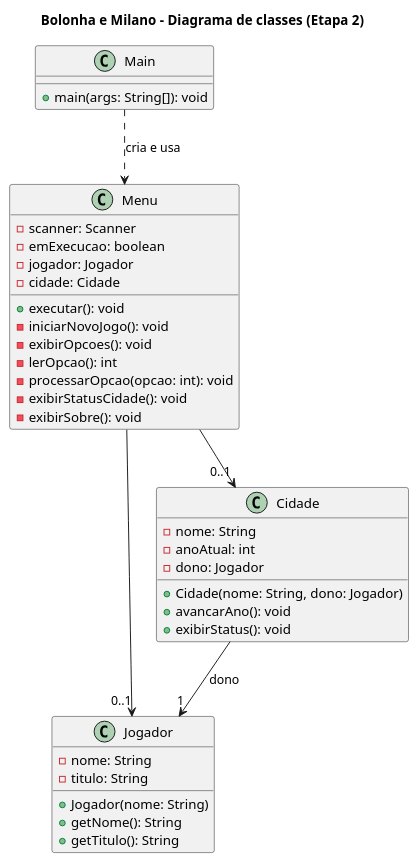
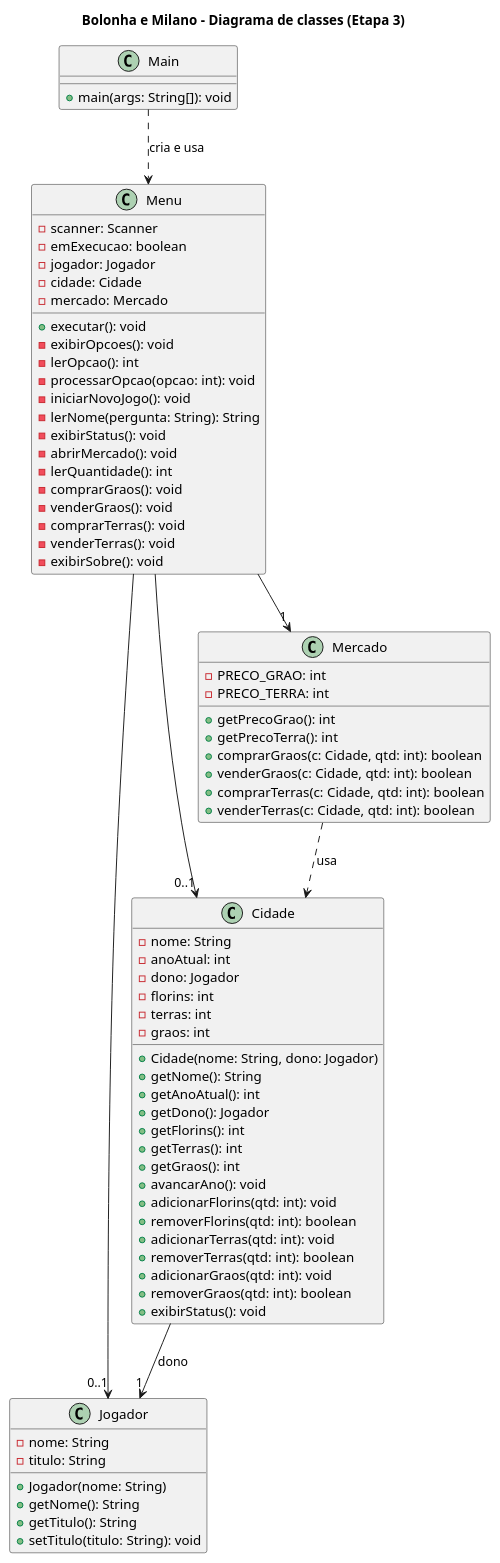
The diagram in diagrama-classes.puml (GabrieldasGracas/bolognaemilano), drawn with PlantUML before and after one commit. The commit also changed 6 other files, not shown here.

```diff
--- a/diagrama-classes.puml
+++ b/diagrama-classes.puml
@@ -1,43 +1,80 @@
 @startuml
-title Bolonha e Milano - Diagrama de classes (Etapa 2)
+title Bolonha e Milano - Diagrama de classes (Etapa 3)
 
 class Main {
   + main(args: String[]): void
 }
 
 class Menu {
   - scanner: Scanner
   - emExecucao: boolean
   - jogador: Jogador
   - cidade: Cidade
+  - mercado: Mercado
   + executar(): void
-  - iniciarNovoJogo(): void
   - exibirOpcoes(): void
   - lerOpcao(): int
   - processarOpcao(opcao: int): void
-  - exibirStatusCidade(): void
+  - iniciarNovoJogo(): void
+  - lerNome(pergunta: String): String
+  - exibirStatus(): void
+  - abrirMercado(): void
+  - lerQuantidade(): int
+  - comprarGraos(): void
+  - venderGraos(): void
+  - comprarTerras(): void
+  - venderTerras(): void
   - exibirSobre(): void
 }
 
 class Jogador {
   - nome: String
   - titulo: String
   + Jogador(nome: String)
   + getNome(): String
   + getTitulo(): String
+  + setTitulo(titulo: String): void
 }
 
 class Cidade {
   - nome: String
   - anoAtual: int
   - dono: Jogador
+  - florins: int
+  - terras: int
+  - graos: int
   + Cidade(nome: String, dono: Jogador)
+  + getNome(): String
+  + getAnoAtual(): int
+  + getDono(): Jogador
+  + getFlorins(): int
+  + getTerras(): int
+  + getGraos(): int
   + avancarAno(): void
+  + adicionarFlorins(qtd: int): void
+  + removerFlorins(qtd: int): boolean
+  + adicionarTerras(qtd: int): void
+  + removerTerras(qtd: int): boolean
+  + adicionarGraos(qtd: int): void
+  + removerGraos(qtd: int): boolean
   + exibirStatus(): void
+}
+
+class Mercado {
+  - PRECO_GRAO: int
+  - PRECO_TERRA: int
+  + getPrecoGrao(): int
+  + getPrecoTerra(): int
+  + comprarGraos(c: Cidade, qtd: int): boolean
+  + venderGraos(c: Cidade, qtd: int): boolean
+  + comprarTerras(c: Cidade, qtd: int): boolean
+  + venderTerras(c: Cidade, qtd: int): boolean
 }
 
 Main ..> Menu : cria e usa
 Menu --> "0..1" Jogador
 Menu --> "0..1" Cidade
+Menu --> "1" Mercado
 Cidade --> "1" Jogador : dono
+Mercado ..> Cidade : usa
 @enduml
```
